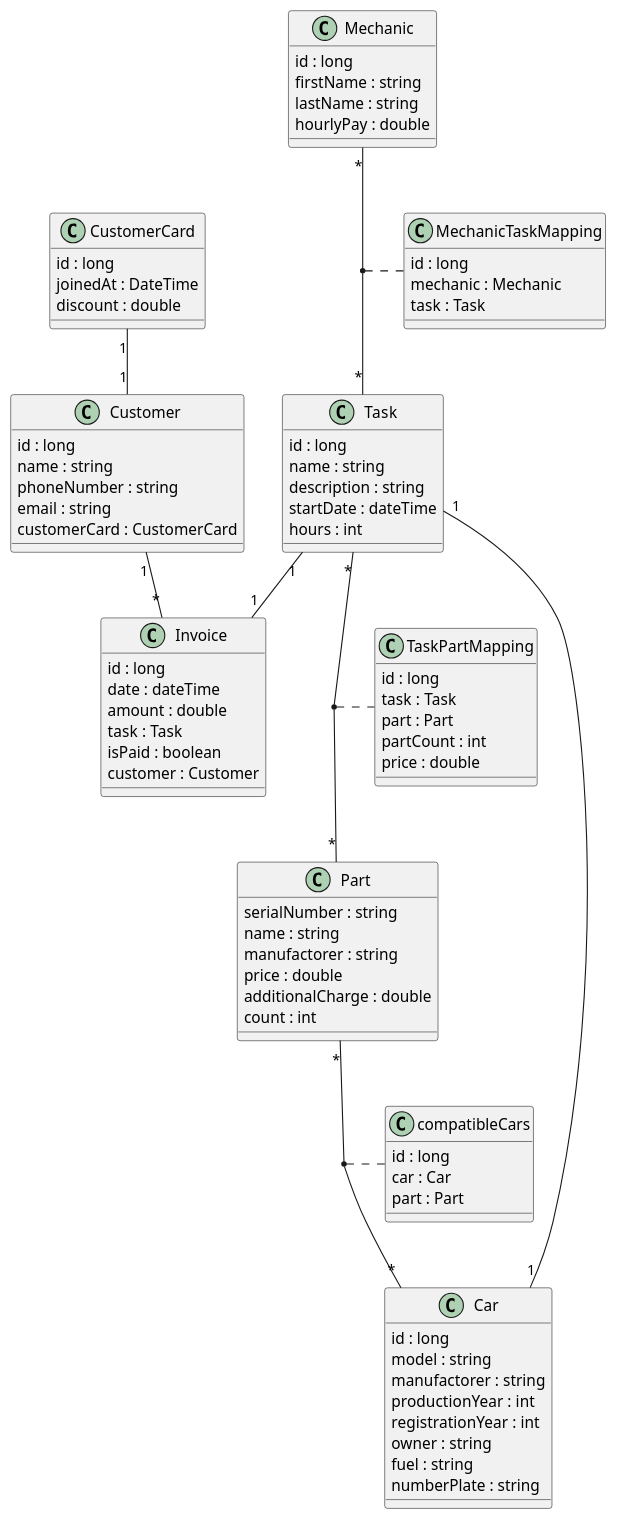
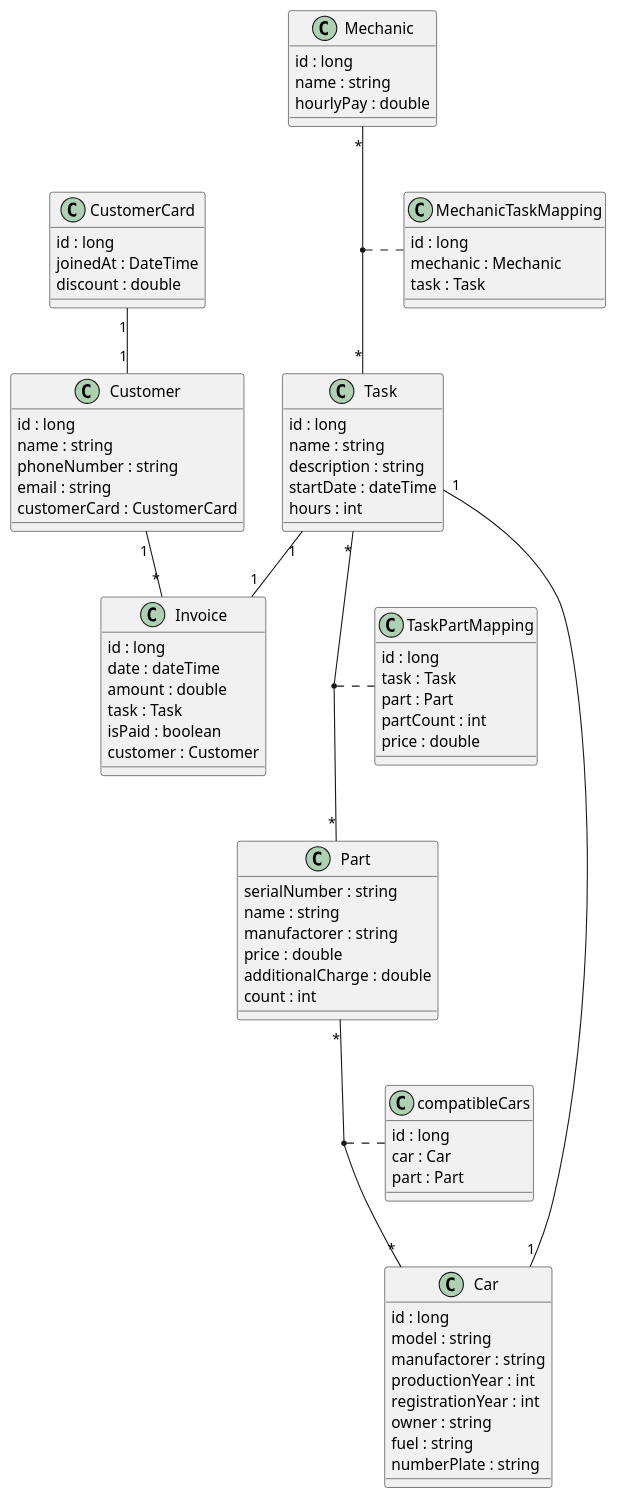
The diagram in documents/cld.adoc (oliver-420/Workshop-System), drawn with PlantUML before and after one commit. The commit also changed 6 other files, not shown here.

```diff
--- a/documents/cld.adoc
+++ b/documents/cld.adoc
@@ -14,8 +14,7 @@
 
 class Mechanic {
     id : long
-    firstName : string
-    lastName : string
+    name : string
     hourlyPay : double
 }
 
```
